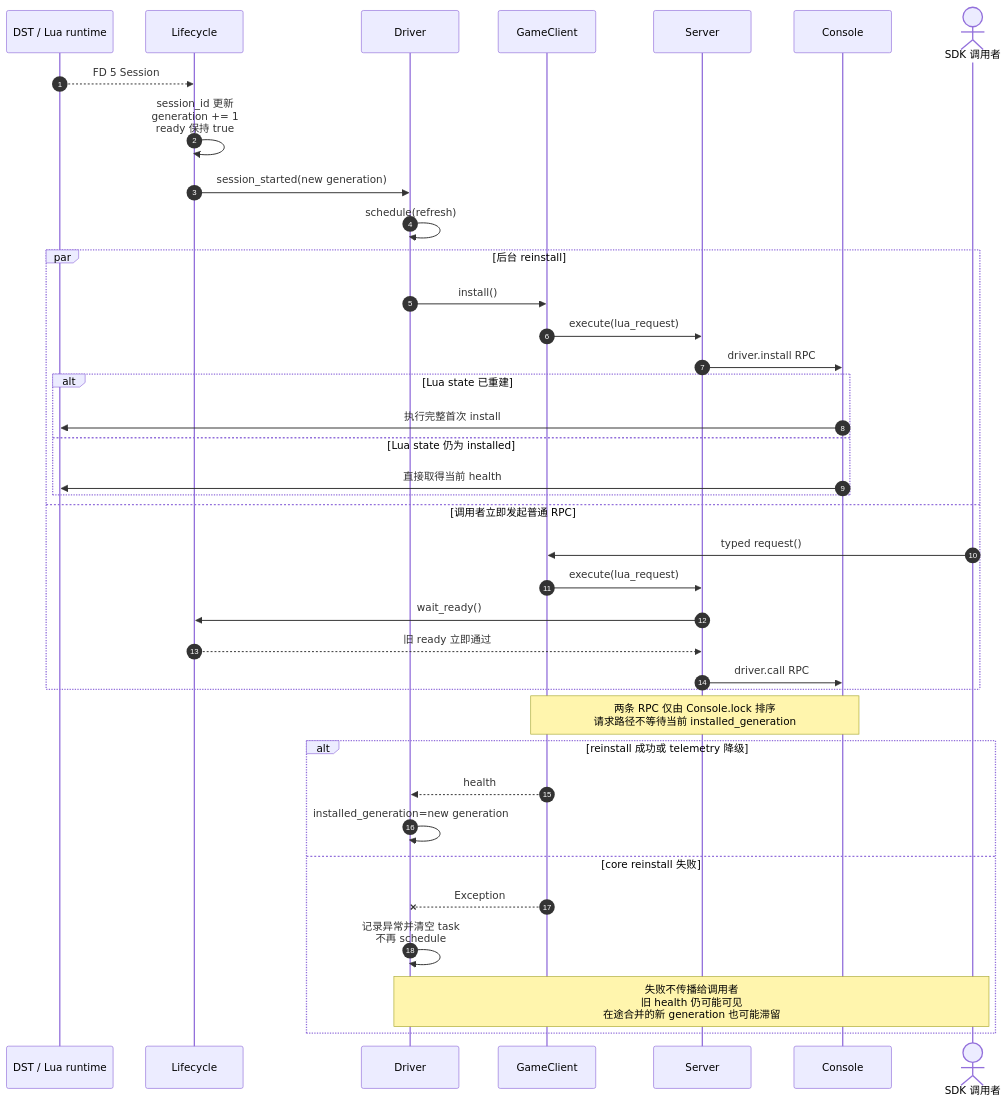
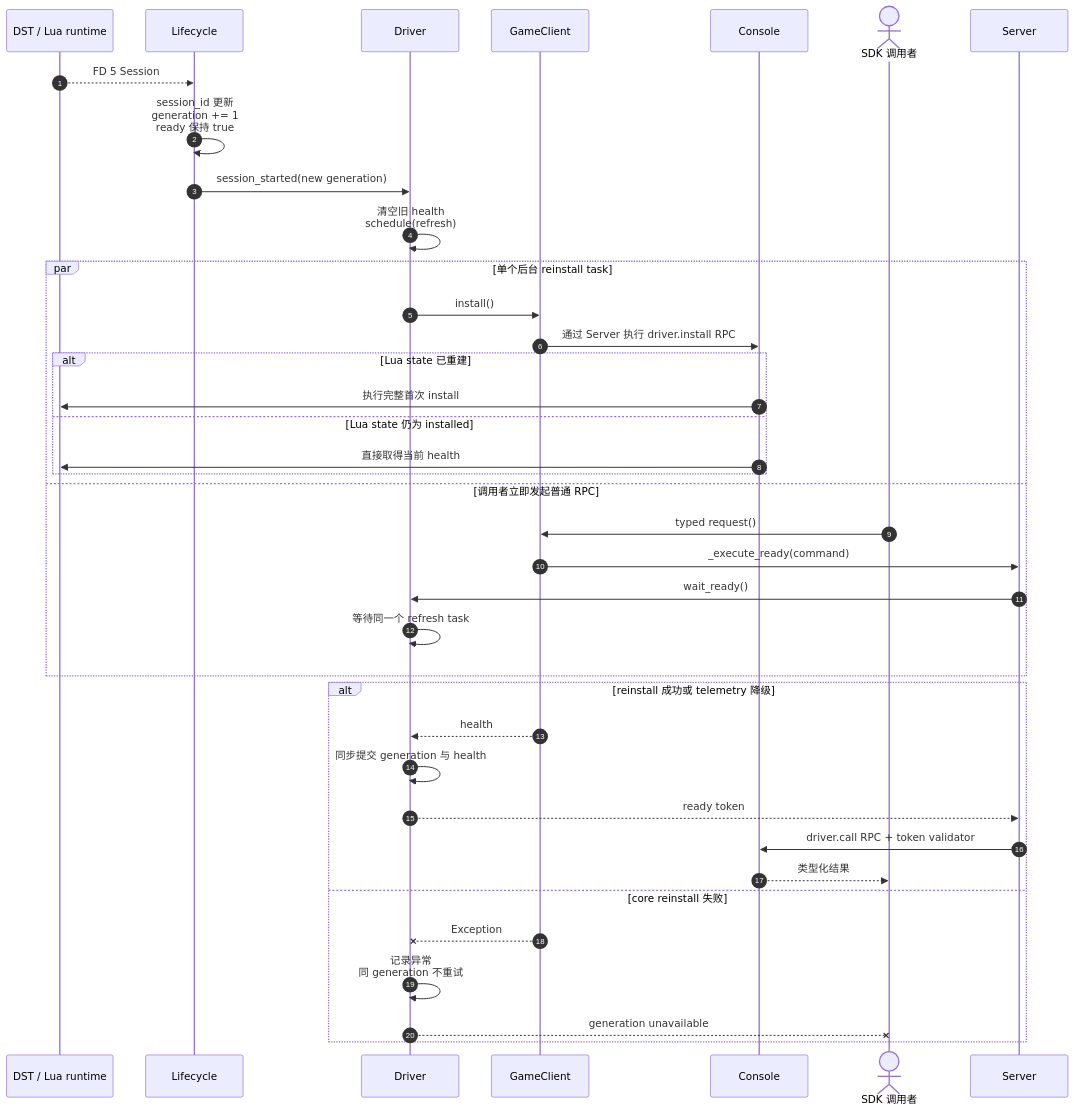
One commit to LetsStarveTogether/dst-server changed the eighth of 8 diagrams in docs/python-sdk-telemetry-flow.md. Above: the diagram before and after it, drawn with Mermaid. The commit also changed other lines of this file and 7 other files, not shown here.

````diff
--- a/docs/python-sdk-telemetry-flow.md
+++ b/docs/python-sdk-telemetry-flow.md
@@ -337,44 +386,42 @@
 ```mermaid
 sequenceDiagram
     autonumber
     participant Process as DST / Lua runtime
     participant Lifecycle
     participant Driver
     participant Game as GameClient
-    participant Server
     participant Console
     actor Caller as SDK 调用者
 
     Process-->>Lifecycle: FD 5 Session
     Lifecycle->>Lifecycle: session_id 更新<br/>generation += 1<br/>ready 保持 true
     Lifecycle->>Driver: session_started(new generation)
-    Driver->>Driver: schedule(refresh)
+    Driver->>Driver: 清空旧 health<br/>schedule(refresh)
 
-    par 后台 reinstall
+    par 单个后台 reinstall task
         Driver->>Game: install()
-        Game->>Server: execute(lua_request)
-        Server->>Console: driver.install RPC
+        Game->>Console: 通过 Server 执行 driver.install RPC
         alt Lua state 已重建
             Console->>Process: 执行完整首次 install
         else Lua state 仍为 installed
             Console->>Process: 直接取得当前 health
         end
     and 调用者立即发起普通 RPC
         Caller->>Game: typed request()
-        Game->>Server: execute(lua_request)
-        Server->>Lifecycle: wait_ready()
-        Lifecycle-->>Server: 旧 ready 立即通过
-        Server->>Console: driver.call RPC
+        Game->>Server: _execute_ready(command)
+        Server->>Driver: wait_ready()
+        Driver->>Driver: 等待同一个 refresh task
     end
-
-    Note over Game,Console: 两条 RPC 仅由 Console.lock 排序<br/>请求路径不等待当前 installed_generation
 
     alt reinstall 成功或 telemetry 降级
         Game-->>Driver: health
-        Driver->>Driver: installed_generation=new generation
+        Driver->>Driver: 同步提交 generation 与 health
+        Driver-->>Server: ready token
+        Server->>Console: driver.call RPC + token validator
+        Console-->>Caller: 类型化结果
     else core reinstall 失败
         Game--xDriver: Exception
-        Driver->>Driver: 记录异常并清空 task<br/>不再 schedule
-        Note over Driver,Caller: 失败不传播给调用者<br/>旧 health 仍可能可见<br/>在途合并的新 generation 也可能滞留
+        Driver->>Driver: 记录异常<br/>同 generation 不重试
+        Driver--xCaller: generation unavailable
     end
 ```
````
